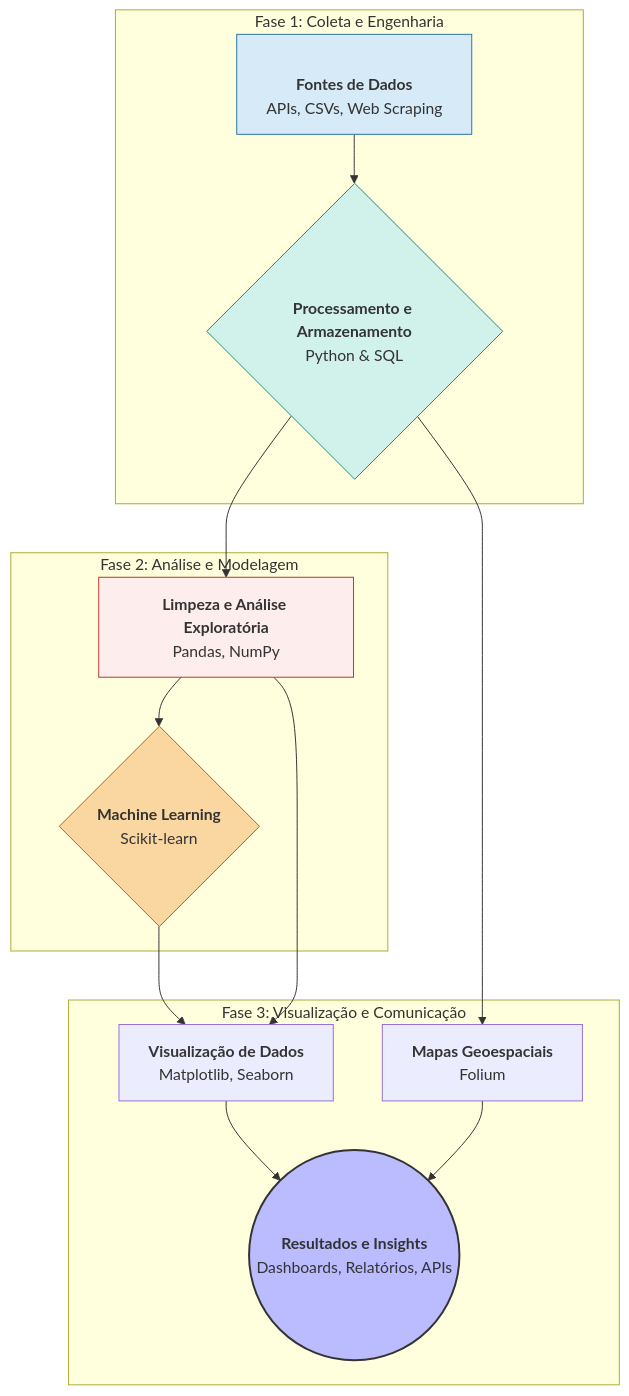
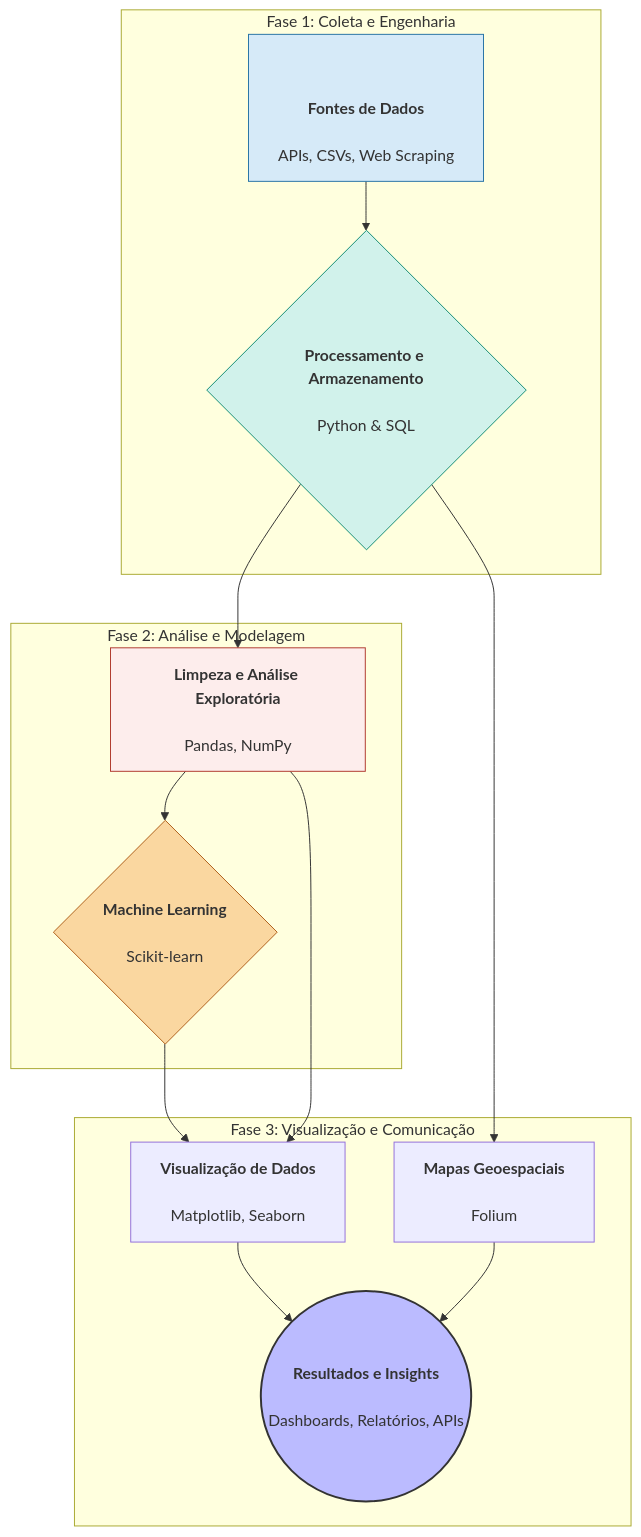
Before and after one commit to jeffthedeveloper/Applied-Data-Science-Capstone-End-to-End-Analysis-with-Python-SQL-and-Machine-Learning: the diagram in README.md, drawn with Mermaid. The commit also changed other lines of this file, not shown here.

````diff
--- a/README.md
+++ b/README.md
@@ -212,24 +177,24 @@
 ```mermaid
 graph TD
     subgraph "Fase 1: Coleta e Engenharia"
-        A[<br><b>Fontes de Dados</b><br>APIs, CSVs, Web Scraping] --> B{<b>Processamento e Armazenamento</b><br>Python & SQL};
+        A[<br><br><b>Fontes de Dados</b><br><br>APIs, CSVs, Web Scraping] --> B{<b>Processamento e Armazenamento</b><br><br>Python & SQL};
     end
 
     subgraph "Fase 2: Análise e Modelagem"
-        B --> C[<b>Limpeza e Análise Exploratória</b><br>Pandas, NumPy];
-        C --> D{<b>Machine Learning</b><br>Scikit-learn};
+        B --> C[<b>Limpeza e Análise Exploratória</b><br><br>Pandas, NumPy];
+        C --> D{<b>Machine Learning</b><br><br>Scikit-learn};
     end
 
     subgraph "Fase 3: Visualização e Comunicação"
-        D --> E[<b>Visualização de Dados</b><br>Matplotlib, Seaborn];
+        D --> E[<b>Visualização de Dados</b><br><br>Matplotlib, Seaborn];
         C --> E;
-        B --> F[<b>Mapas Geoespaciais</b><br>Folium];
-        E & F --> G((<b>Resultados e Insights</b><br>Dashboards, Relatórios, APIs));
+        B --> F[<b>Mapas Geoespaciais</b><br><br>Folium];
+        E & F --> G((<b>Resultados e Insights</b><br><br>Dashboards, Relatórios, APIs));
     end
 
     style A fill:#D6EAF8,stroke:#2874A6
     style B fill:#D1F2EB,stroke:#138D75
     style C fill:#FDEDEC,stroke:#B03A2E
     style D fill:#FAD7A0,stroke:#AF601A
     style G fill:#bbf,stroke:#333,stroke-width:2px
 ```
````
